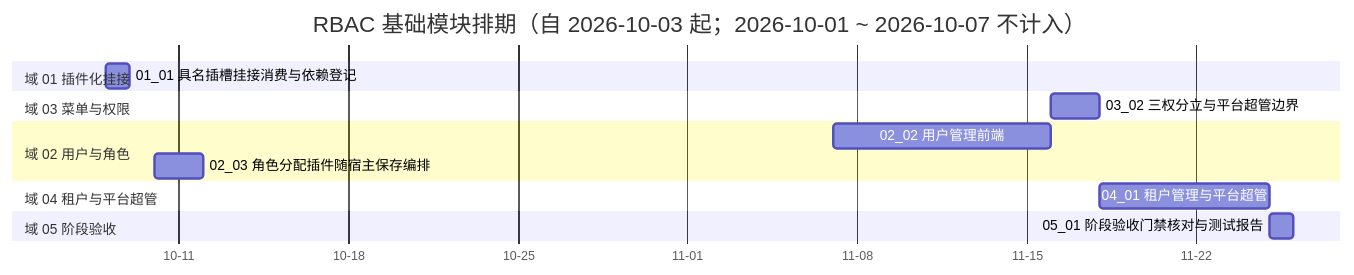
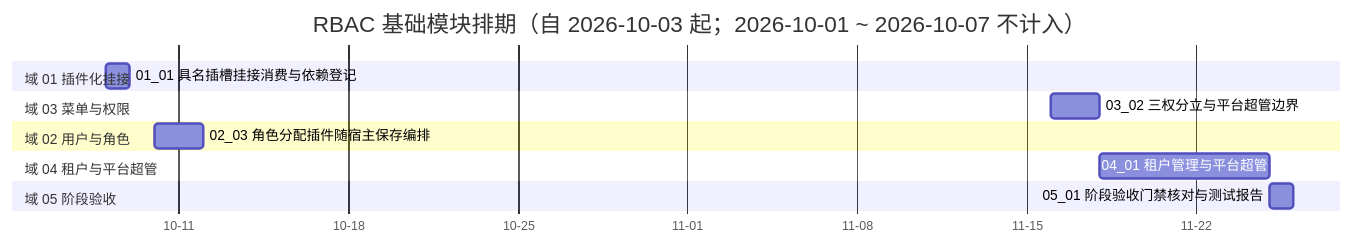
The diagram in bms文档/项目/07_RBAC基础模块/计划/01_计划_RBAC基础模块.md (minjian123/basic-management-system), drawn with Mermaid before and after one commit. The commit also changed other lines of this file and 3 other files, not shown here.

````diff
--- a/bms文档/项目/07_RBAC基础模块/计划/01_计划_RBAC基础模块.md
+++ b/bms文档/项目/07_RBAC基础模块/计划/01_计划_RBAC基础模块.md
@@ -52,17 +52,16 @@
 ```mermaid
 gantt
     title RBAC 基础模块排期（自 2026-10-03 起；2026-10-01 ~ 2026-10-07 不计入）
     dateFormat  YYYY-MM-DD
     axisFormat %m-%d
     section 域 01 插件化挂接
     01_01 具名插槽挂接消费与依赖登记 :a0101, 2026-10-08, 1d
     section 域 03 菜单与权限
     03_02 三权分立与平台超管边界 :a0302, 2026-11-16, 2d
     section 域 02 用户与角色
-    02_02 用户管理前端 :a0202, 2026-11-07, 9d
     02_03 角色分配插件随宿主保存编排 :a0203b, 2026-10-10, 2d
     section 域 04 租户与平台超管
     04_01 租户管理与平台超管 :a0401, 2026-11-18, 7d
     section 域 05 阶段验收
     05_01 阶段验收门禁核对与测试报告 :a0501, 2026-11-25, 1d
 ```
````
